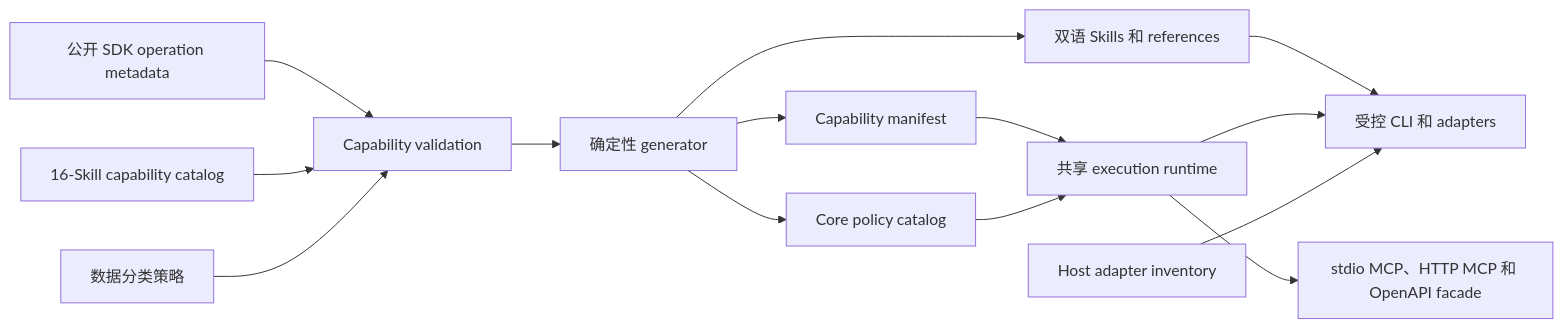
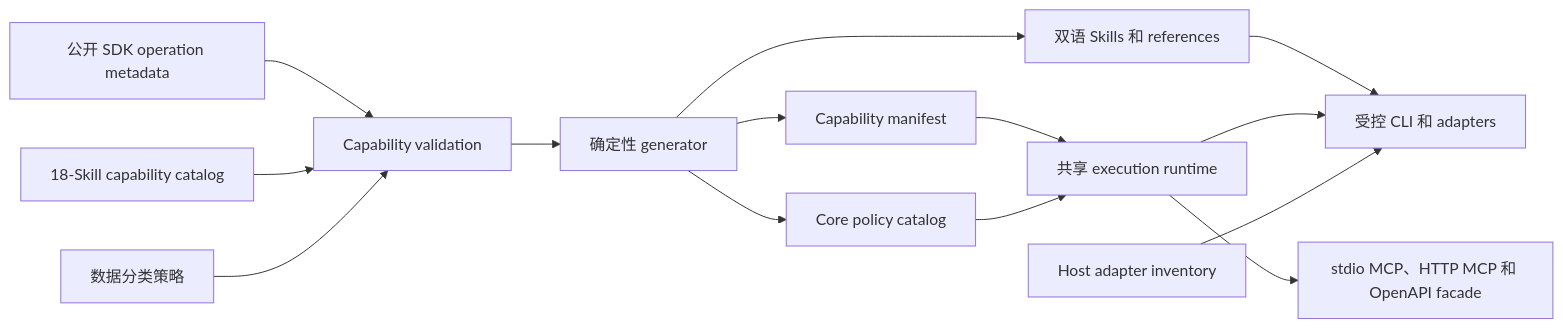
One commit to Unify-Port/UnifyPort-Agent-Skills changed the diagram in docs/architecture.zh-CN.md. Above: the diagram before and after it, drawn with Mermaid. The commit also changed other lines of this file and 65 other files, not shown here.

````diff
--- a/docs/architecture.zh-CN.md
+++ b/docs/architecture.zh-CN.md
@@ -32,16 +32,16 @@
 ```mermaid
 flowchart LR
     A["公开 SDK operation metadata"] --> D["Capability validation"]
-    B["16-Skill capability catalog"] --> D
+    B["18-Skill capability catalog"] --> D
     C["数据分类策略"] --> D
     D --> E["确定性 generator"]
     E --> F["Capability manifest"]
     E --> G["Core policy catalog"]
     E --> H["双语 Skills 和 references"]
     F --> I["共享 execution runtime"]
     G --> I
     H --> J["受控 CLI 和 adapters"]
     I --> J
     I --> K["stdio MCP、HTTP MCP 和 OpenAPI facade"]
     L["Host adapter inventory"] --> J
 ```
````
